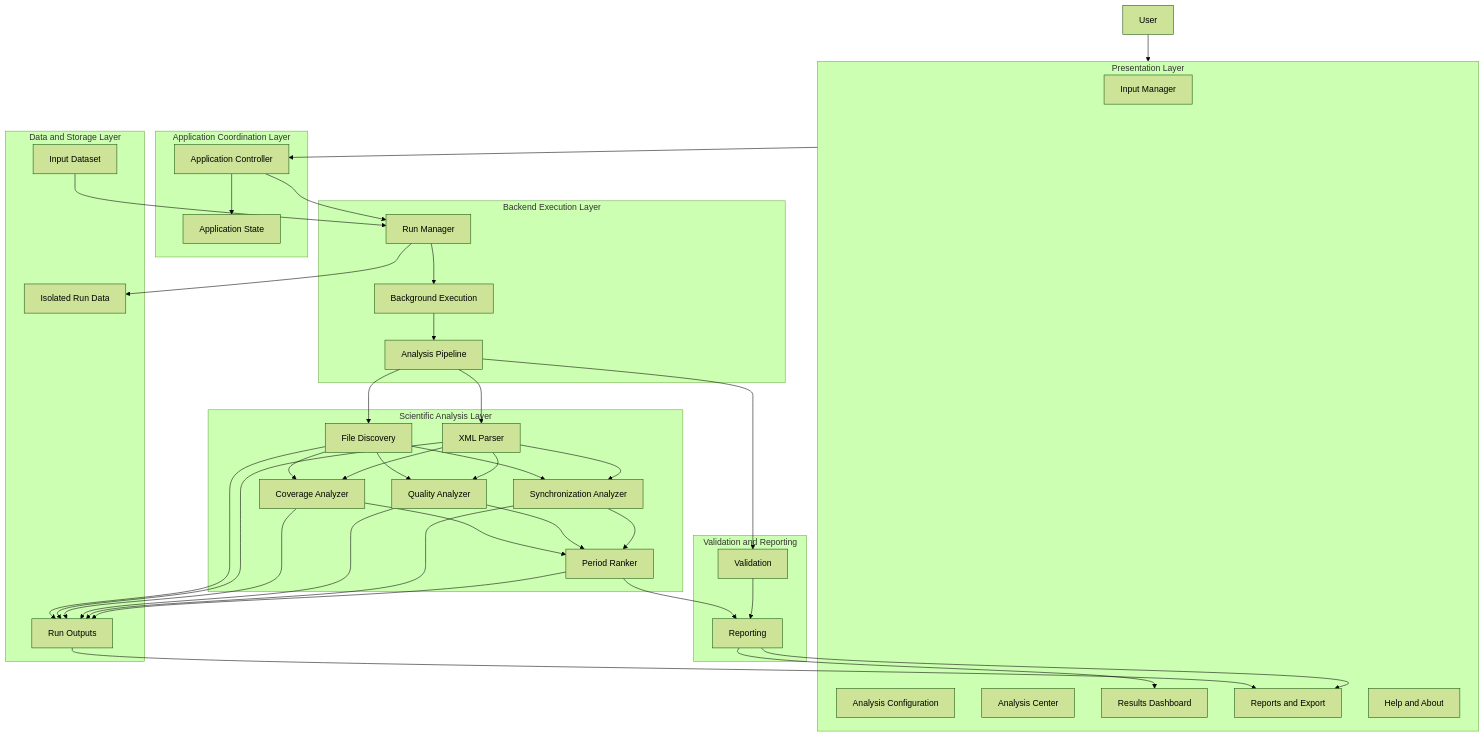
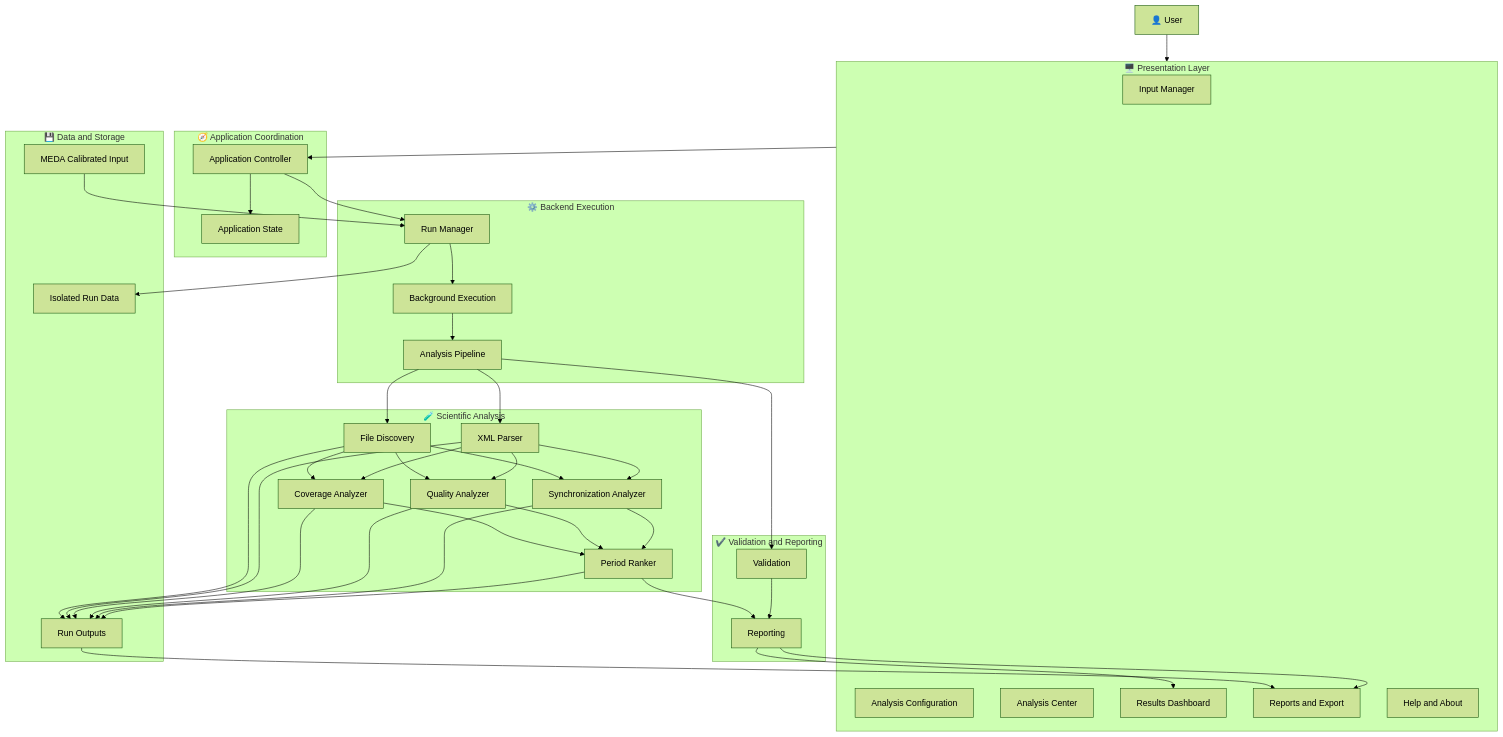
One commit to AASH010/MEDA-Data-Research-Period-Analyzer-MDRPA changed the second of 8 diagrams in docs/architecture.md. Above: the diagram before and after it, drawn with Mermaid (forest theme). The commit also changed other lines of this file and 8 other files, not shown here.

````diff
--- a/docs/architecture.md
+++ b/docs/architecture.md
@@ -49,80 +127,82 @@
 ```mermaid
 flowchart TB
-    U[User]
+    U[👤 User]
 
-    subgraph GUI[Presentation Layer]
+    subgraph GUI[🖥️ Presentation Layer]
         IM[Input Manager]
         AC[Analysis Configuration]
         CENTER[Analysis Center]
         DASH[Results Dashboard]
         REP[Reports and Export]
         HELP[Help and About]
     end
 
-    subgraph APP[Application Coordination Layer]
+    subgraph APP[🧭 Application Coordination]
         CTRL[Application Controller]
         STATE[Application State]
     end
 
-    subgraph EXEC[Backend Execution Layer]
+    subgraph EXEC[⚙️ Backend Execution]
         RM[Run Manager]
         WORKER[Background Execution]
         PIPE[Analysis Pipeline]
     end
 
-    subgraph SCI[Scientific Analysis Layer]
+    subgraph SCI[🧪 Scientific Analysis]
         FD[File Discovery]
         XML[XML Parser]
         COV[Coverage Analyzer]
         QUAL[Quality Analyzer]
         SYNC[Synchronization Analyzer]
         RANK[Period Ranker]
     end
 
-    subgraph SUPPORT[Validation and Reporting]
+    subgraph SUPPORT[✔️ Validation and Reporting]
         VALID[Validation]
         REPORT[Reporting]
     end
 
-    subgraph DATA[Data and Storage Layer]
-        INPUT[Input Dataset]
+    subgraph DATA[💾 Data and Storage]
+        INPUT[MEDA Calibrated Input]
         RUNDATA[Isolated Run Data]
         OUTPUT[Run Outputs]
     end
 
     U --> GUI
     GUI --> CTRL
     CTRL --> STATE
     CTRL --> RM
     RM --> WORKER
     WORKER --> PIPE
 
     PIPE --> FD
     PIPE --> XML
     FD --> COV
     XML --> COV
     FD --> QUAL
     XML --> QUAL
     FD --> SYNC
     XML --> SYNC
+
     COV --> RANK
     QUAL --> RANK
     SYNC --> RANK
 
     PIPE --> VALID
     RANK --> REPORT
     VALID --> REPORT
 
     INPUT --> RM
     RM --> RUNDATA
+
     FD --> OUTPUT
     XML --> OUTPUT
     COV --> OUTPUT
     QUAL --> OUTPUT
     SYNC --> OUTPUT
     RANK --> OUTPUT
 
     OUTPUT --> REP
     REPORT --> REP
     REPORT --> DASH
 ```
````
